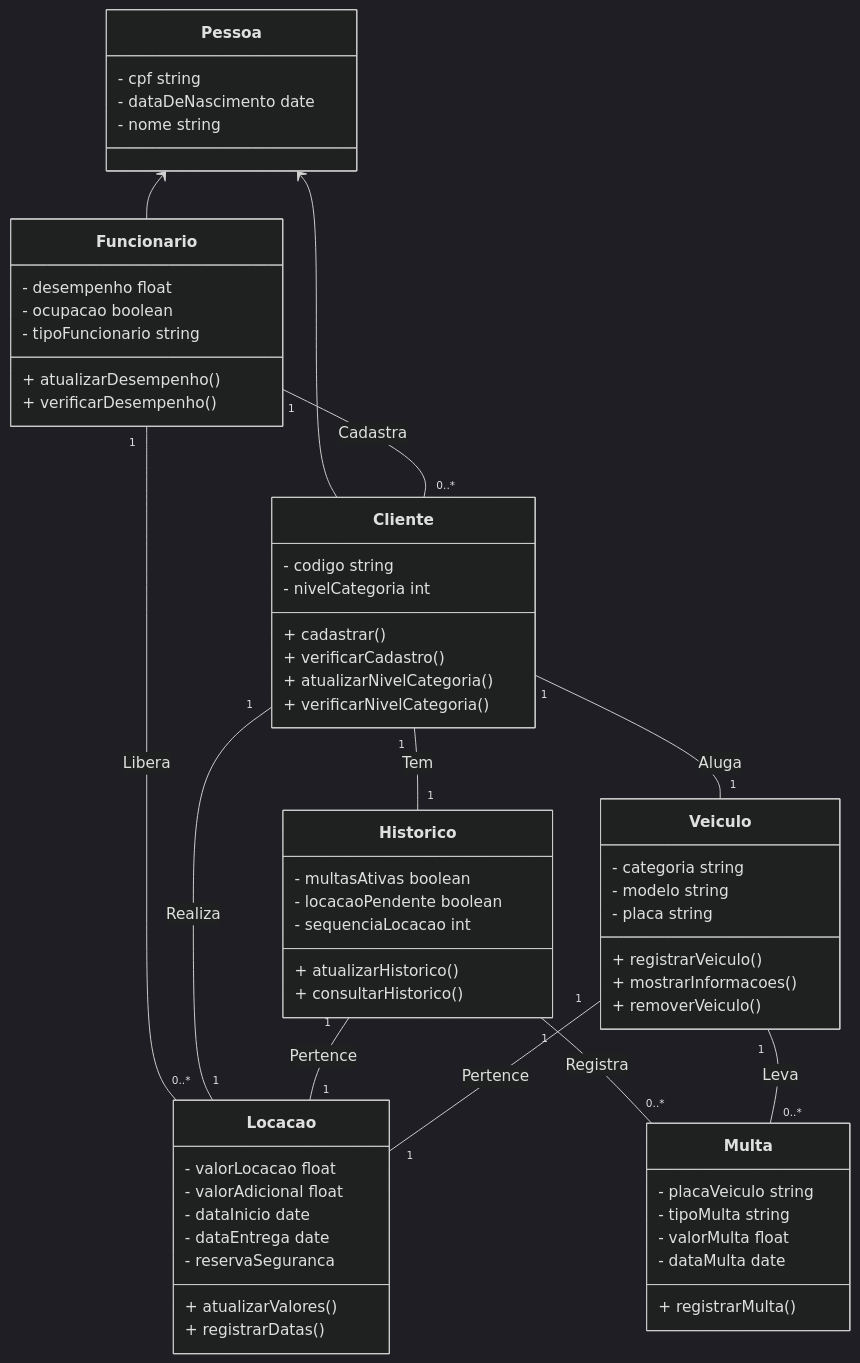
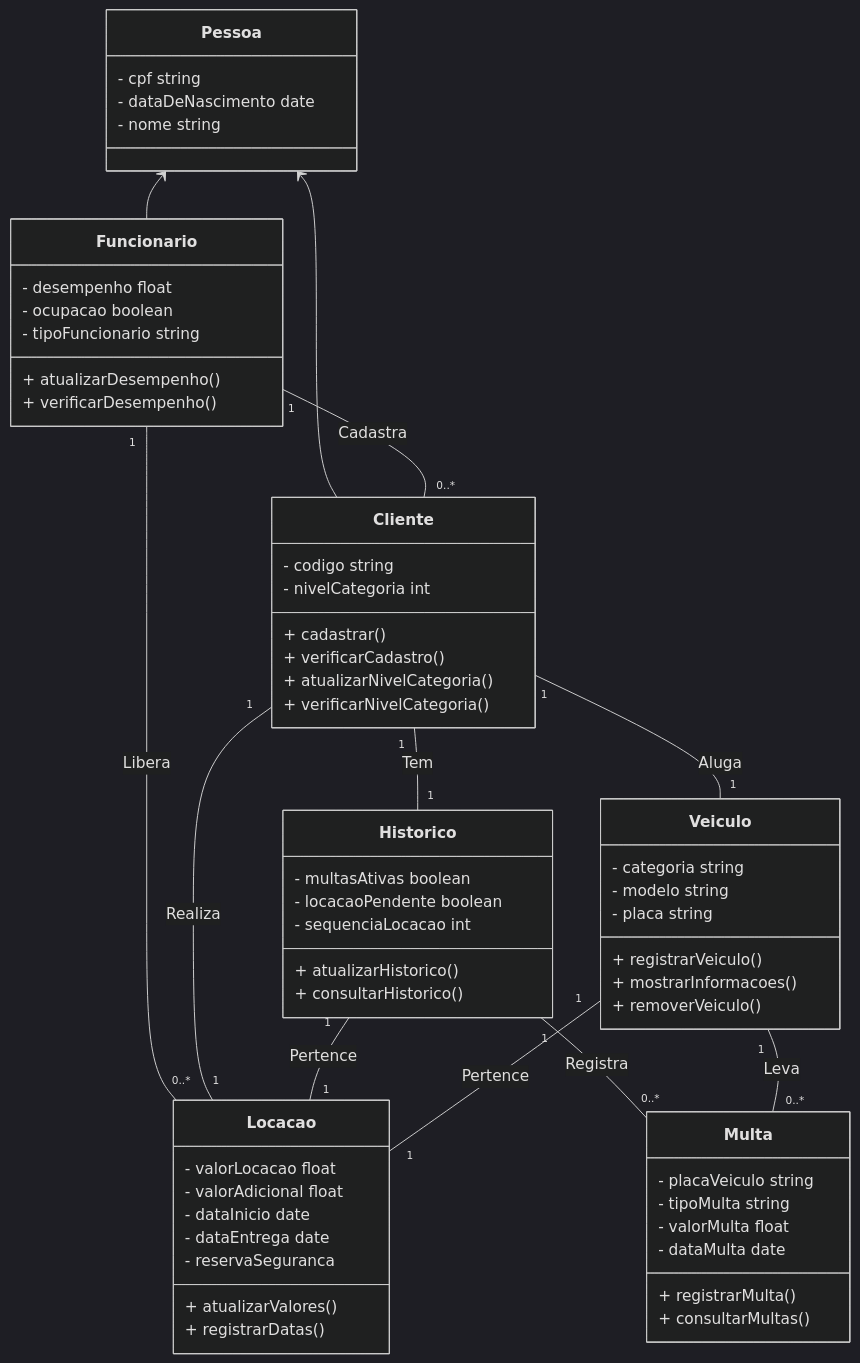
One commit to iagorosa28/mod_software changed the diagram in README.md. Above: the diagram before and after it, drawn with Mermaid (dark theme).

````diff
--- a/README.md
+++ b/README.md
@@ -62,72 +62,73 @@
 ```mermaid
 classDiagram
   Pessoa <-- Cliente
   Pessoa <-- Funcionario
   Funcionario "1" -- "0..*" Cliente : Cadastra
   Funcionario "1" -- "0..*" Locacao : Libera
   Cliente "1" -- "1" Locacao : Realiza
   Cliente "1" -- "1" Veiculo : Aluga
   Cliente "1" -- "1" Historico : Tem
   Historico "1" -- "1" Locacao : Pertence
   Historico "1" -- "0..*" Multa : Registra
   Veiculo "1" -- "1" Locacao : Pertence
   Veiculo "1" -- "0..*" Multa : Leva
 
   class Pessoa{
   - cpf string
   - dataDeNascimento date
   - nome string
   }
 
   class Cliente{
   - codigo string
   - nivelCategoria int
   + cadastrar()
   + verificarCadastro()
   + atualizarNivelCategoria()
   + verificarNivelCategoria()
   }
 
   class Funcionario{
   - desempenho float
   - ocupacao boolean
   - tipoFuncionario string
   + atualizarDesempenho()
   + verificarDesempenho()
   }
 
   class Historico{
   - multasAtivas boolean
   - locacaoPendente boolean
   - sequenciaLocacao int
   + atualizarHistorico()
   + consultarHistorico()
   }
 
   class Locacao{
   - valorLocacao float
   - valorAdicional float
   - dataInicio date
   - dataEntrega date
   - reservaSeguranca
   + atualizarValores()
   + registrarDatas()
   }
 
   class Veiculo{
   - categoria string
   - modelo string
   - placa string
   + registrarVeiculo()
   + mostrarInformacoes()
   + removerVeiculo()
   }
 
   class Multa{
   - placaVeiculo string
   - tipoMulta string
   - valorMulta float
   - dataMulta date
   + registrarMulta()
+  + consultarMultas()
   }
 ```
````
